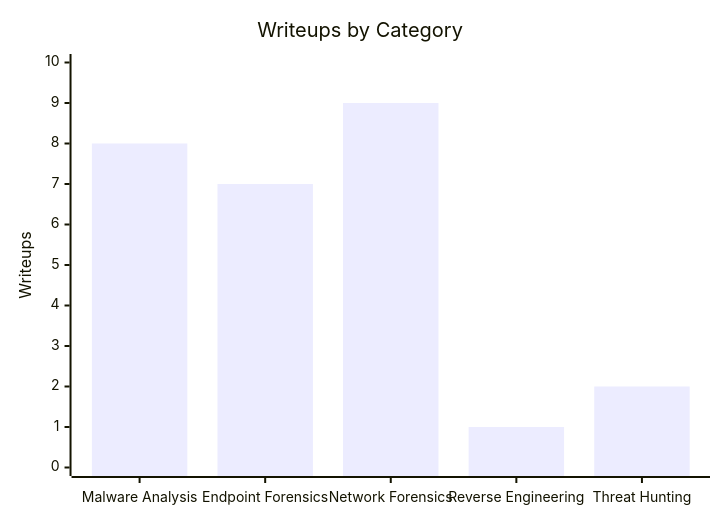
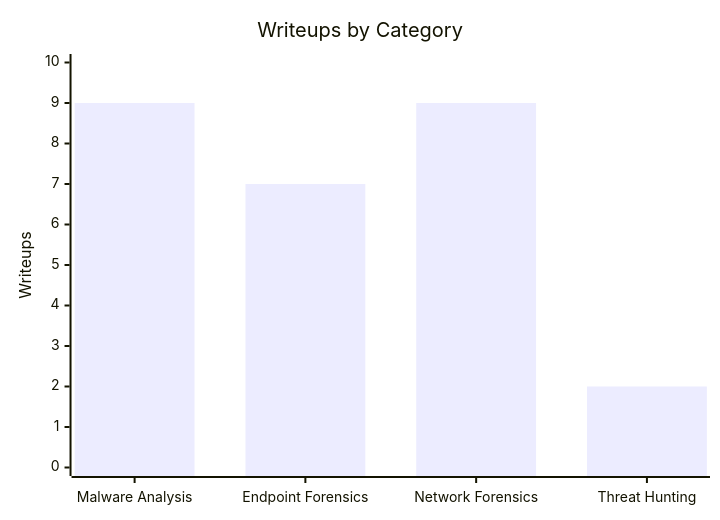
One commit to FrancisVillalon/cyberdefender-writeups changed the diagram in README.md. Above: the diagram before and after it, drawn with Mermaid. The commit also changed other lines of this file and 40 other files, not shown here.

````diff
--- a/README.md
+++ b/README.md
@@ -9,7 +9,7 @@
 ```mermaid
 xychart-beta
     title "Writeups by Category"
-    x-axis ["Malware Analysis", "Endpoint Forensics", "Network Forensics", "Reverse Engineering", "Threat Hunting"]
+    x-axis ["Malware Analysis", "Endpoint Forensics", "Network Forensics", "Threat Hunting"]
     y-axis "Writeups" 0 --> 10
-    bar [8, 7, 9, 1, 2]
+    bar [9, 7, 9, 2]
 ```
````
